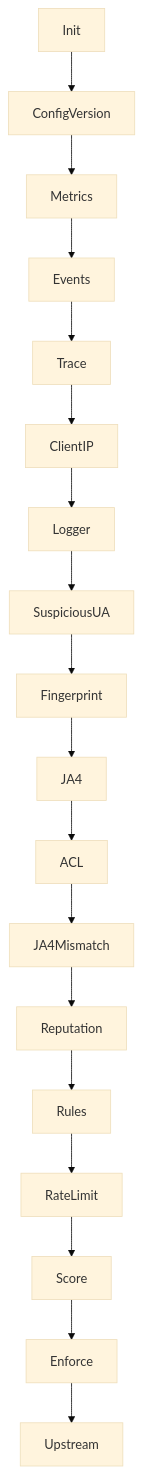
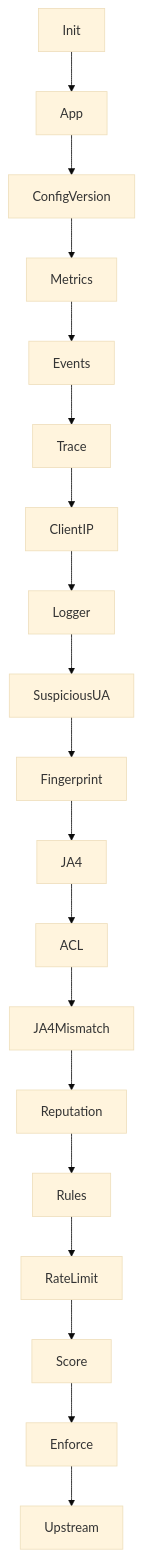
Before and after one commit to fharias/guardian-scrapy: the third of 12 diagrams in README.md, drawn with Mermaid (base theme). The commit also changed other lines of this file and 3 other files, not shown here.

````diff
--- a/README.md
+++ b/README.md
@@ -57,5 +86,5 @@
 ```mermaid
 flowchart TD
-  init[Init] --> ver[ConfigVersion] --> mets[Metrics] --> events[Events] --> trace[Trace] --> ip[ClientIP] --> logger[Logger] --> ua[SuspiciousUA]
+  init[Init] --> app[App] --> ver[ConfigVersion] --> mets[Metrics] --> events[Events] --> trace[Trace] --> ip[ClientIP] --> logger[Logger] --> ua[SuspiciousUA]
   ua --> fp[Fingerprint] --> ja4src[JA4] --> acl[ACL] --> ja4[JA4Mismatch] --> rep[Reputation] --> rules[Rules] --> limite[RateLimit] --> score[Score] --> enforce[Enforce] --> origen[Upstream]
 ```
````
